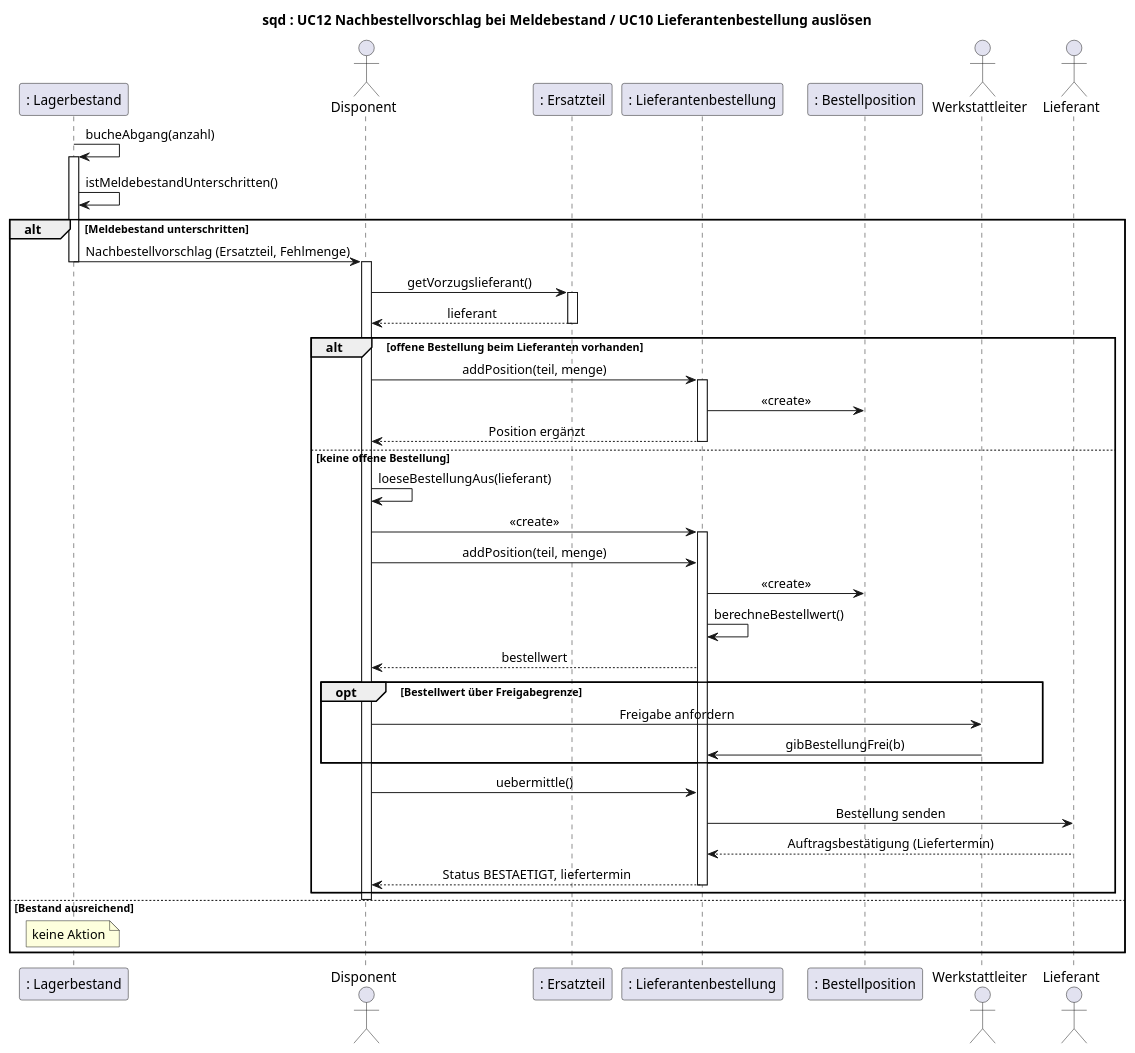
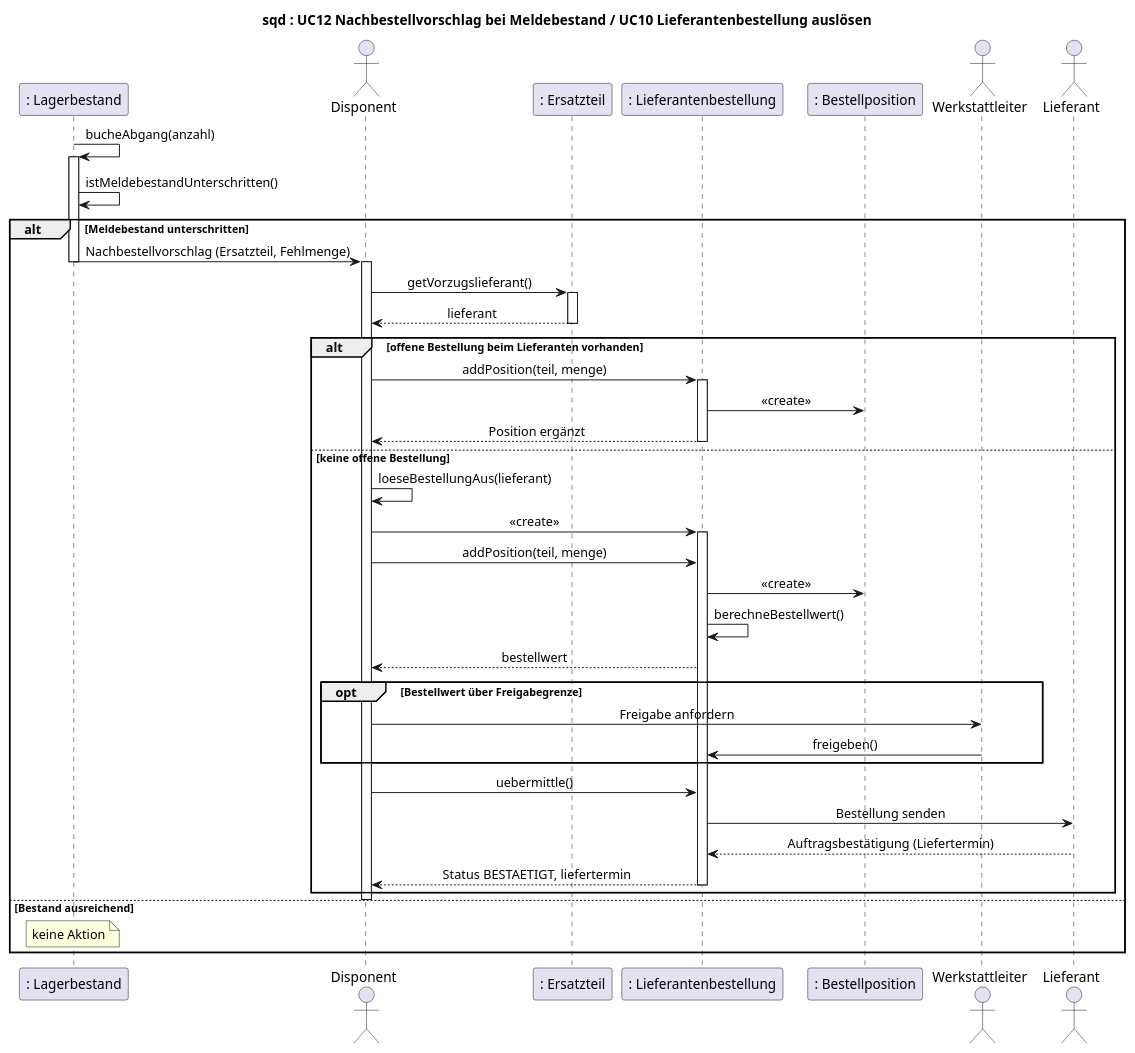
Before and after one commit to jakobschwan123-cmd/casestudy-semester-3: the diagram in uml/sequenz-06-nachbestellvorschlag.puml, drawn with PlantUML. The commit also changed 72 other files, not shown here.

```diff
--- a/uml/sequenz-06-nachbestellvorschlag.puml
+++ b/uml/sequenz-06-nachbestellvorschlag.puml
@@ -1,52 +1,52 @@
 @startuml
 title sqd : UC12 Nachbestellvorschlag bei Meldebestand / UC10 Lieferantenbestellung auslösen
 skinparam defaultFontName Arial
 skinparam sequenceMessageAlign center
 participant ": Lagerbestand" as LB
 actor Disponent
 participant ": Ersatzteil" as ET
 participant ": Lieferantenbestellung" as LBEST
 participant ": Bestellposition" as BPOS
 actor Werkstattleiter
 actor Lieferant
 
 LB -> LB : bucheAbgang(anzahl)
 activate LB
 LB -> LB : istMeldebestandUnterschritten()
 alt Meldebestand unterschritten
     LB -> Disponent : Nachbestellvorschlag (Ersatzteil, Fehlmenge)
     deactivate LB
     activate Disponent
     Disponent -> ET : getVorzugslieferant()
     activate ET
     ET --> Disponent : lieferant
     deactivate ET
     alt offene Bestellung beim Lieferanten vorhanden
         Disponent -> LBEST : addPosition(teil, menge)
         activate LBEST
         LBEST -> BPOS : <<create>>
         LBEST --> Disponent : Position ergänzt
         deactivate LBEST
     else keine offene Bestellung
         Disponent -> Disponent : loeseBestellungAus(lieferant)
         Disponent -> LBEST : <<create>>
         activate LBEST
         Disponent -> LBEST : addPosition(teil, menge)
         LBEST -> BPOS : <<create>>
         LBEST -> LBEST : berechneBestellwert()
         LBEST --> Disponent : bestellwert
         opt Bestellwert über Freigabegrenze
             Disponent -> Werkstattleiter : Freigabe anfordern
-            Werkstattleiter -> LBEST : gibBestellungFrei(b)
+            Werkstattleiter -> LBEST : freigeben()
         end
         Disponent -> LBEST : uebermittle()
         LBEST -> Lieferant : Bestellung senden
         Lieferant --> LBEST : Auftragsbestätigung (Liefertermin)
         LBEST --> Disponent : Status BESTAETIGT, liefertermin
         deactivate LBEST
     end
     deactivate Disponent
 else Bestand ausreichend
     note over LB : keine Aktion
 end
 @enduml
```
